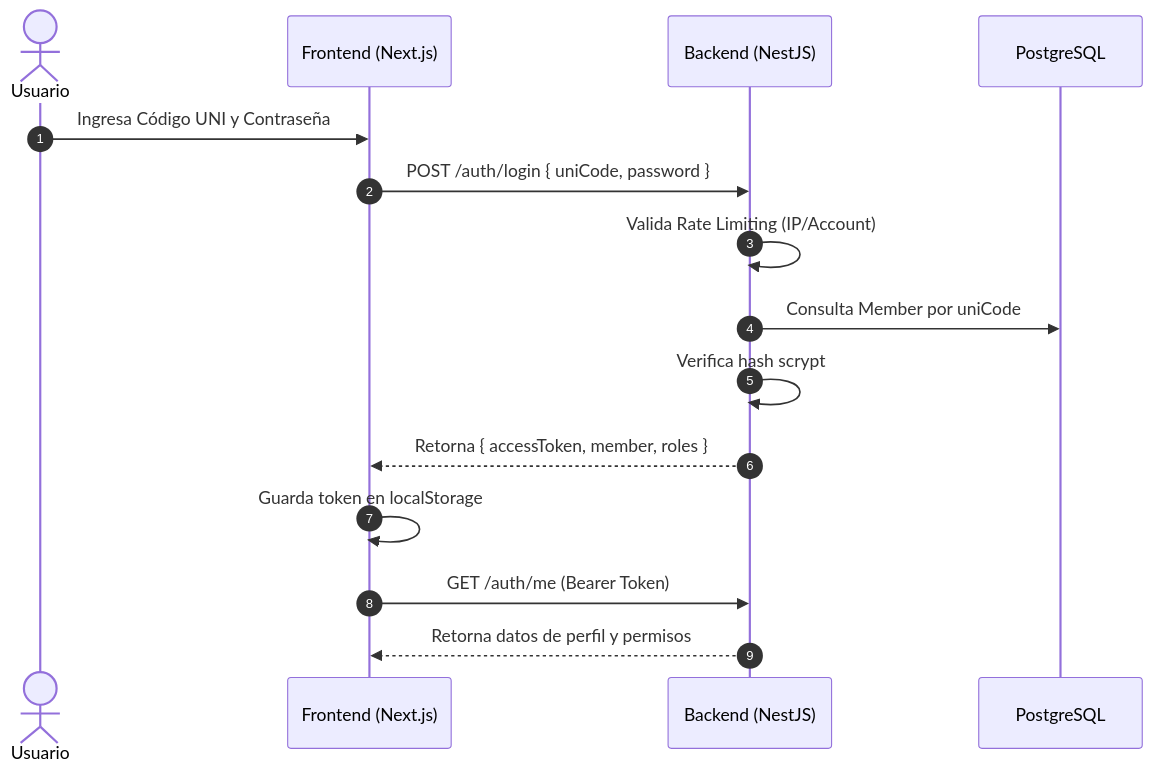
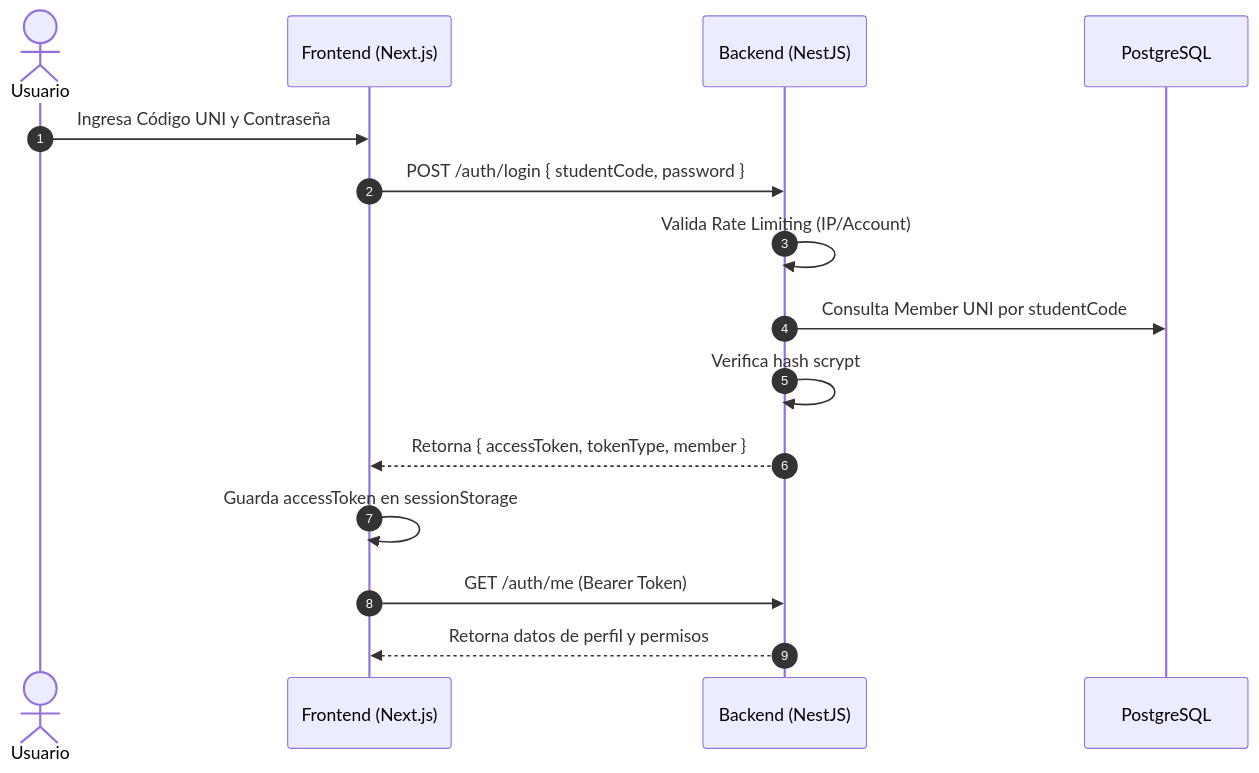
Before and after one commit to ccUnicode/UNICORE: the second of 3 diagrams in docs/arquitectura.md, drawn with Mermaid. The commit also changed other lines of this file and 10 other files, not shown here.

````diff
--- a/docs/arquitectura.md
+++ b/docs/arquitectura.md
@@ -68,18 +68,18 @@
 ```mermaid
 sequenceDiagram
     autonumber
     actor Usuario
     participant Frontend as Frontend (Next.js)
     participant Backend as Backend (NestJS)
     participant DB as PostgreSQL
 
     Usuario->>Frontend: Ingresa Código UNI y Contraseña
-    Frontend->>Backend: POST /auth/login { uniCode, password }
+    Frontend->>Backend: POST /auth/login { studentCode, password }
     Backend->>Backend: Valida Rate Limiting (IP/Account)
-    Backend->>DB: Consulta Member por uniCode
+    Backend->>DB: Consulta Member UNI por studentCode
     Backend->>Backend: Verifica hash scrypt
-    Backend-->>Frontend: Retorna { accessToken, member, roles }
-    Frontend->>Frontend: Guarda token en localStorage
+    Backend-->>Frontend: Retorna { accessToken, tokenType, member }
+    Frontend->>Frontend: Guarda accessToken en sessionStorage
     Frontend->>Backend: GET /auth/me (Bearer Token)
     Backend-->>Frontend: Retorna datos de perfil y permisos
 ```
````
